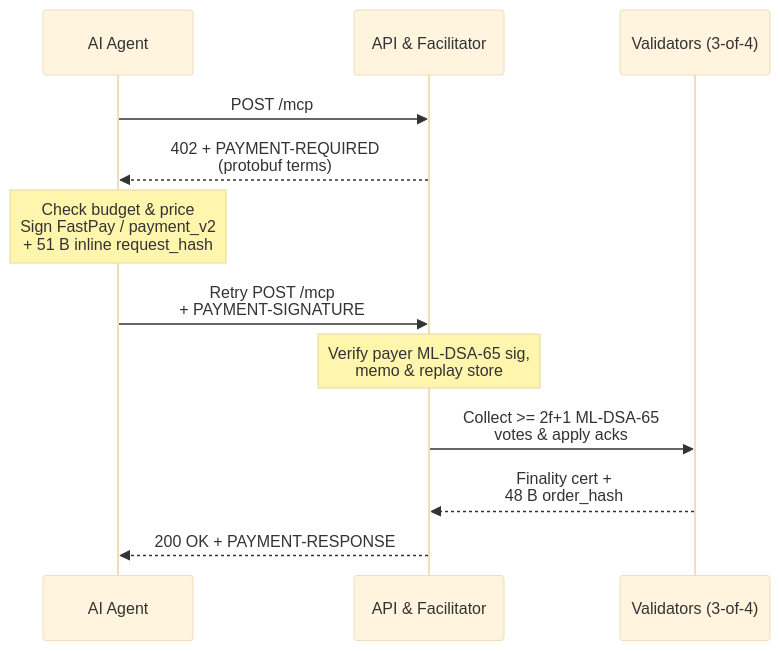
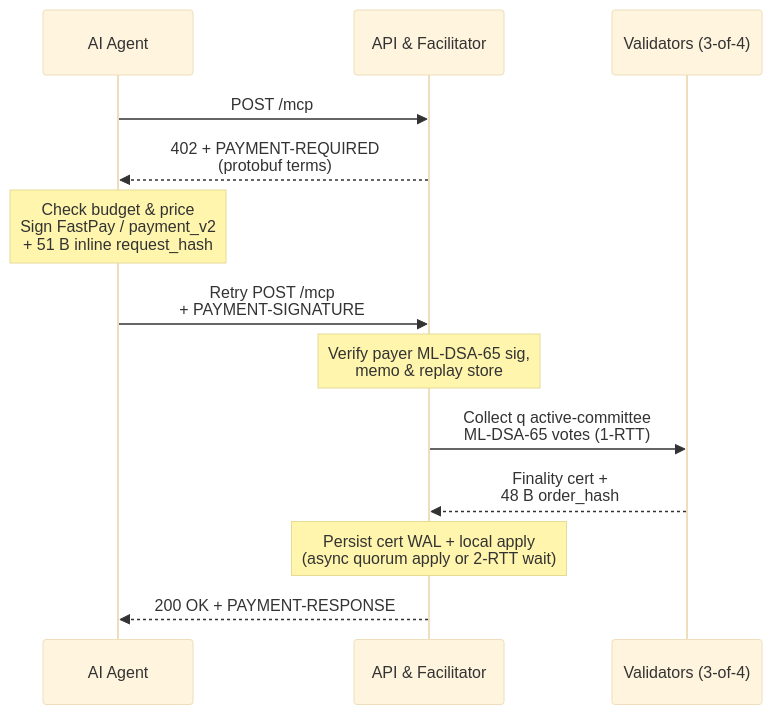
One commit to postfiatorg/postfiatorg.github.io changed the second of 2 diagrams in content/blog/post-quantum-messaging-fastpay-x402.md. Above: the diagram before and after it, drawn with Mermaid (base theme). The commit also changed other lines of this file, not shown here.

Commit message:
blog: align Section 5/6 x402 finality, 5-vote quorum labels, exact math, and footnotes (#83)

````diff
--- a/content/blog/post-quantum-messaging-fastpay-x402.md
+++ b/content/blog/post-quantum-messaging-fastpay-x402.md
@@ -204,15 +204,16 @@
 ```mermaid
 sequenceDiagram
     participant Agent as AI Agent
     participant API as API & Facilitator
     participant Val as Validators (3-of-4)
 
     Agent->>API: POST /mcp
     API-->>Agent: 402 + PAYMENT-REQUIRED<br/>(protobuf terms)
     Note over Agent: Check budget & price<br/>Sign FastPay / payment_v2<br/>+ 51 B inline request_hash
     Agent->>API: Retry POST /mcp<br/>+ PAYMENT-SIGNATURE
     Note over API: Verify payer ML-DSA-65 sig,<br/>memo & replay store
-    API->>Val: Collect >= 2f+1 ML-DSA-65<br/>votes & apply acks
+    API->>Val: Collect q active-committee<br/>ML-DSA-65 votes (1-RTT)
     Val-->>API: Finality cert +<br/>48 B order_hash
+    Note over API: Persist cert WAL + local apply<br/>(async quorum apply or 2-RTT wait)
     API-->>Agent: 200 OK + PAYMENT-RESPONSE
 ```
````
